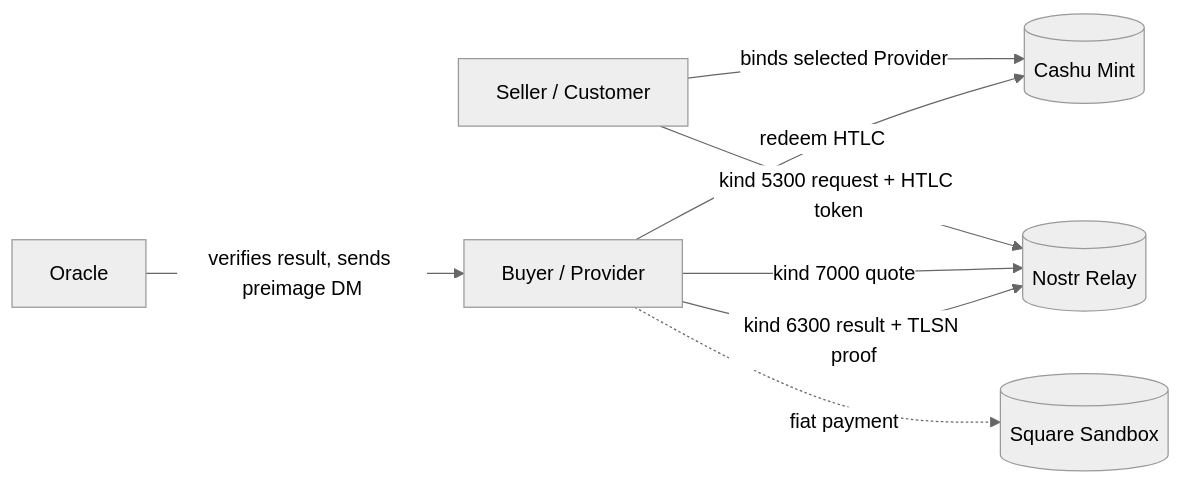
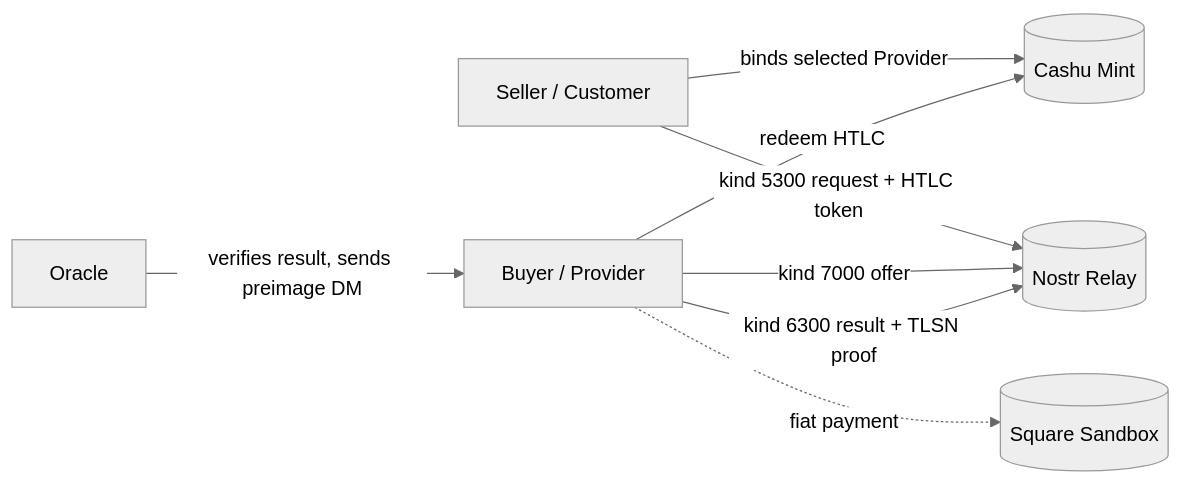
The diagram in example/tlsn-fiat-swap-square/README.md (motxx/anchr), drawn with Mermaid (neutral theme) before and after one commit. The commit also changed other lines of this file and 85 other files, not shown here.

````diff
--- a/example/tlsn-fiat-swap-square/README.md
+++ b/example/tlsn-fiat-swap-square/README.md
@@ -21,10 +21,10 @@
 ```mermaid
 flowchart LR
   Seller[Seller / Customer] -->|kind 5300 request + HTLC token| Relay[(Nostr Relay)]
-  Buyer[Buyer / Provider] -->|kind 7000 quote| Relay
+  Buyer[Buyer / Provider] -->|kind 7000 offer| Relay
   Seller -->|binds selected Provider| Mint[(Cashu Mint)]
   Buyer -.fiat payment.-> Square[(Square Sandbox)]
   Buyer -->|kind 6300 result + TLSN proof| Relay
   Oracle -->|verifies result, sends preimage DM| Buyer
   Buyer -->|redeem HTLC| Mint
 ```
````
